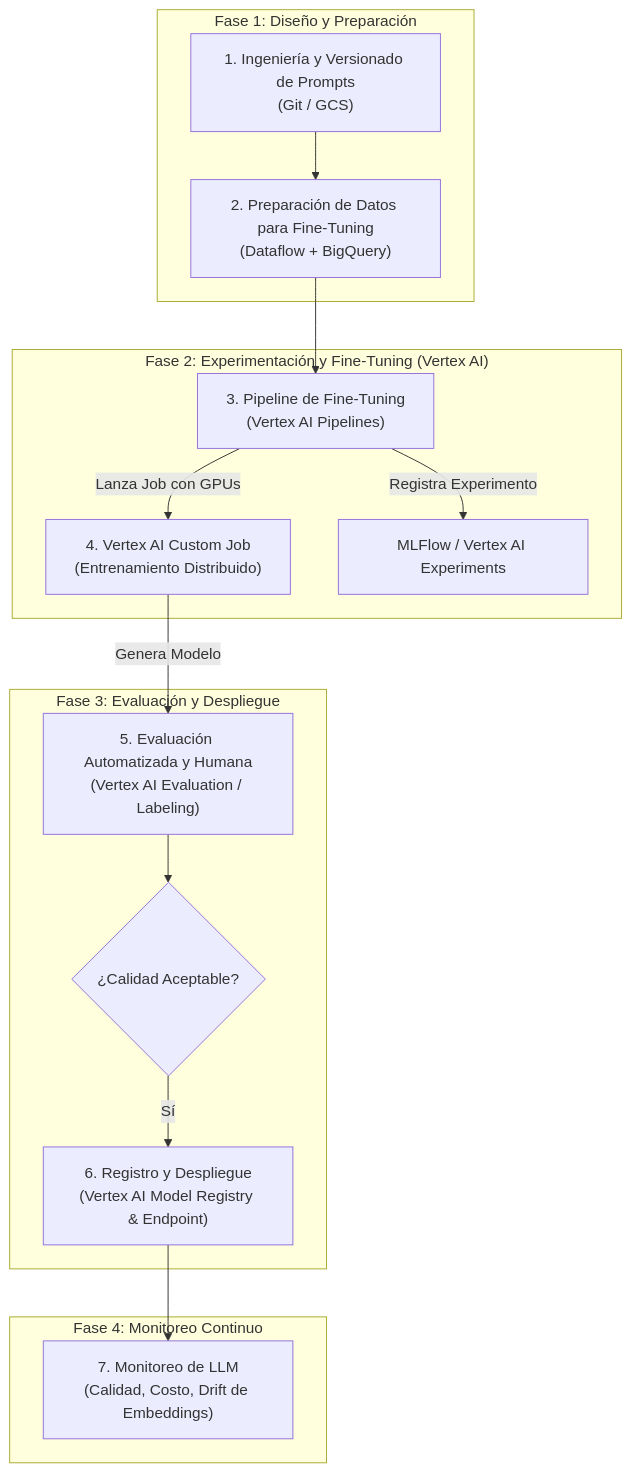
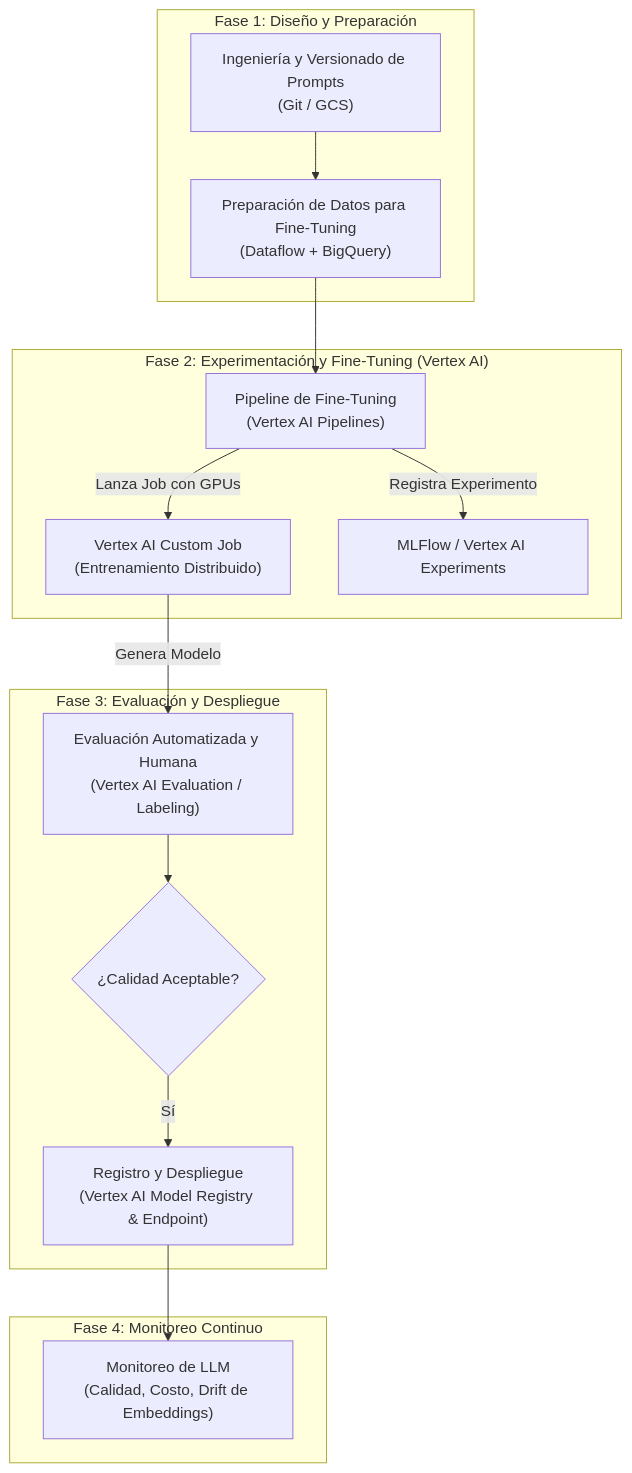
The diagram in 05_bonus_investigacion/README.md (ChristianFonseca/mle_gcp_challenge), drawn with Mermaid before and after one commit.

Commit message:
update diagrama 04

````diff
--- a/05_bonus_investigacion/README.md
+++ b/05_bonus_investigacion/README.md
@@ -21,30 +21,30 @@
 ```mermaid
 graph TD
   subgraph "Fase 1: Diseño y Preparación"
-    A["1. Ingeniería y Versionado de Prompts
-(Git / GCS)"] --> B["2. Preparación de Datos para Fine-Tuning
+    A["Ingeniería y Versionado de Prompts
+(Git / GCS)"] --> B["Preparación de Datos para Fine-Tuning
 (Dataflow + BigQuery)"]
   end
 
   subgraph "Fase 2: Experimentación y Fine-Tuning (Vertex AI)"
-    B --> C["3. Pipeline de Fine-Tuning
+    B --> C["Pipeline de Fine-Tuning
 (Vertex AI Pipelines)"]
-    C -- Lanza Job con GPUs --> D["4. Vertex AI Custom Job
+    C -- Lanza Job con GPUs --> D["Vertex AI Custom Job
 (Entrenamiento Distribuido)"]
     C -- Registra Experimento --> E["MLFlow / Vertex AI Experiments"]
   end
 
   subgraph "Fase 3: Evaluación y Despliegue"
-    D -- Genera Modelo --> F["5. Evaluación Automatizada y Humana
+    D -- Genera Modelo --> F["Evaluación Automatizada y Humana
 (Vertex AI Evaluation / Labeling)"]
     F --> G{¿Calidad Aceptable?}
-    G -- Sí --> H["6. Registro y Despliegue
+    G -- Sí --> H["Registro y Despliegue
 (Vertex AI Model Registry & Endpoint)"]
   end
 
   subgraph "Fase 4: Monitoreo Continuo"
-    H --> I["7. Monitoreo de LLM
+    H --> I["Monitoreo de LLM
 (Calidad, Costo, Drift de Embeddings)"]
   end
 
 ```
````
